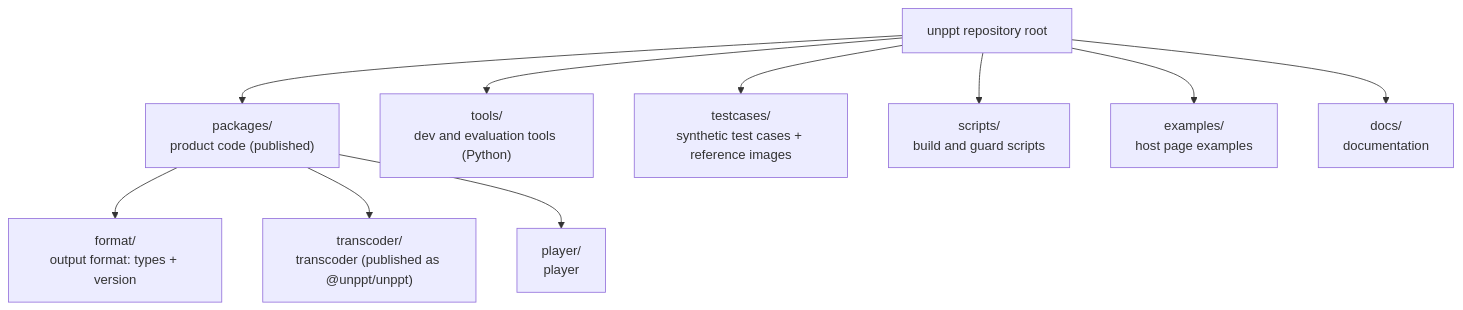
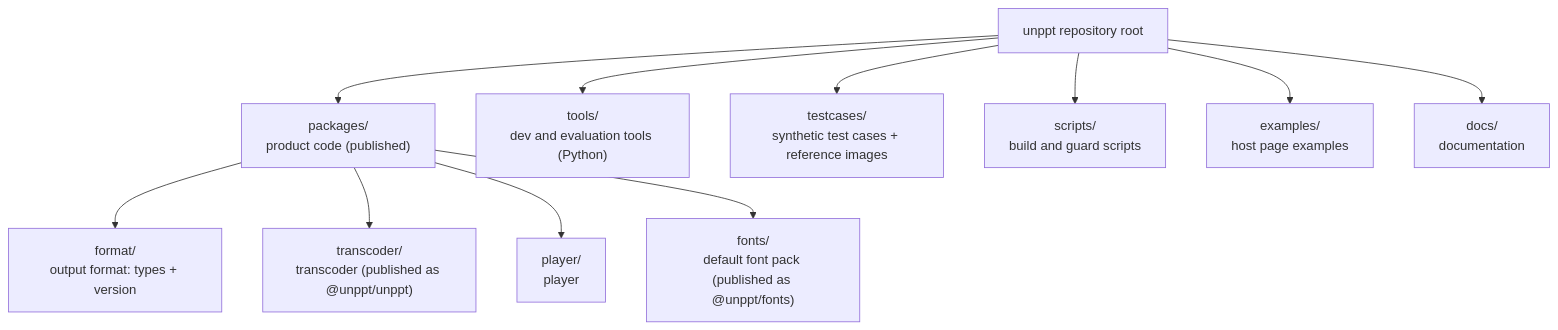
The second of 16 diagrams in docs/en/architecture.md (spitmaster/unppt), drawn with Mermaid before and after one commit. The commit also changed other lines of this file and 15 other files, not shown here.

````diff
--- a/docs/en/architecture.md
+++ b/docs/en/architecture.md
@@ -73,13 +73,14 @@
 ```mermaid
 flowchart TB
   root["unppt repository root"]
   root --> pk["packages/<br/>product code (published)"]
   root --> tools["tools/<br/>dev and evaluation tools (Python)"]
   root --> tc["testcases/<br/>synthetic test cases + reference images"]
   root --> sc["scripts/<br/>build and guard scripts"]
   root --> ex["examples/<br/>host page examples"]
   root --> docs["docs/<br/>documentation"]
   pk --> fmt["format/<br/>output format: types + version"]
   pk --> tr["transcoder/<br/>transcoder (published as @unppt/unppt)"]
   pk --> pl["player/<br/>player"]
+  pk --> fo["fonts/<br/>default font pack (published as @unppt/fonts)"]
 ```
````
